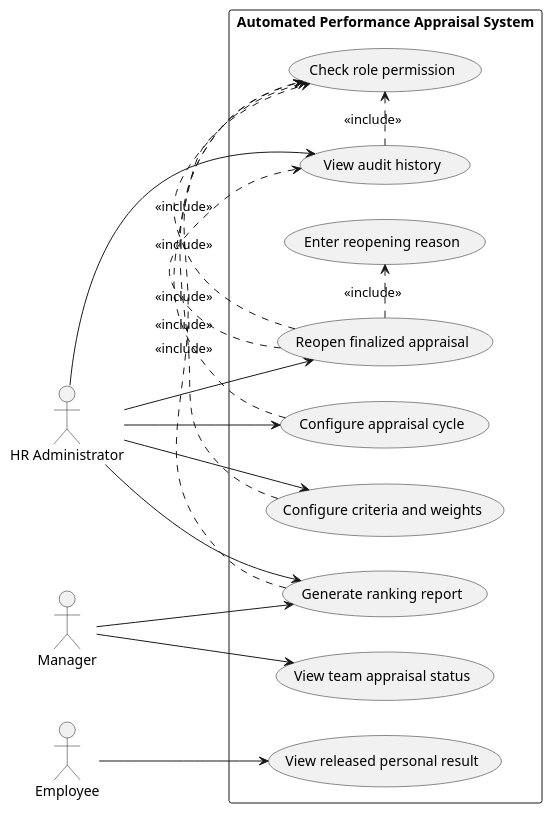
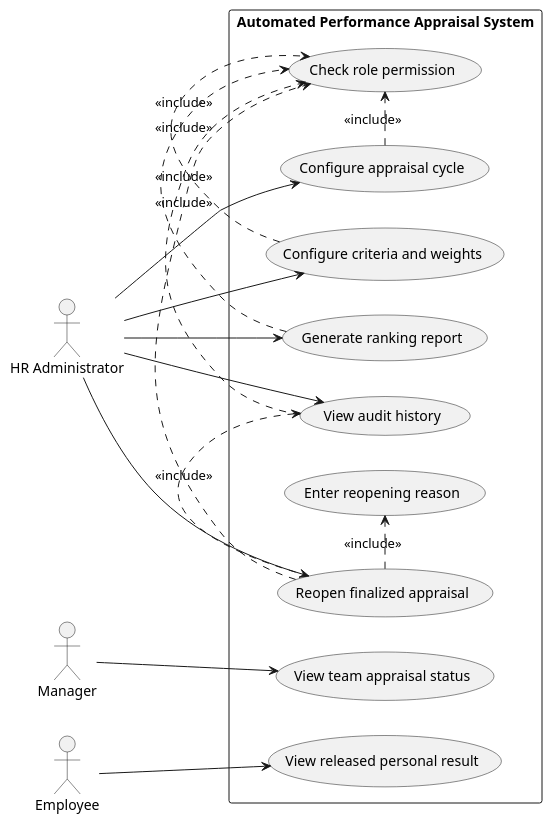
One commit to GSAIHEMANTH279/Automated-performance-appraisal-system changed the diagram in SRS_SAD_TestPlan/diagrams/use-case-reporting-administration.puml. Above: the diagram before and after it, drawn with PlantUML. The commit also changed 15 other files, not shown here.

```diff
--- a/SRS_SAD_TestPlan/diagrams/use-case-reporting-administration.puml
+++ b/SRS_SAD_TestPlan/diagrams/use-case-reporting-administration.puml
@@ -1,33 +1,32 @@
 @startuml
 left to right direction
 actor "HR Administrator" as HR
 actor Manager
 actor Employee
 
 rectangle "Automated Performance Appraisal System" {
   usecase "Configure appraisal cycle" as U1
   usecase "Configure criteria and weights" as U2
   usecase "View team appraisal status" as U3
   usecase "Generate ranking report" as U4
   usecase "View released personal result" as U5
   usecase "View audit history" as U6
   usecase "Reopen finalized appraisal" as U7
   usecase "Enter reopening reason" as U8
   usecase "Check role permission" as U9
 }
 HR --> U1
 HR --> U2
 HR --> U4
 HR --> U6
 HR --> U7
 Manager --> U3
-Manager --> U4
 Employee --> U5
 U1 .> U9 : <<include>>
 U2 .> U9 : <<include>>
 U4 .> U9 : <<include>>
 U6 .> U9 : <<include>>
 U7 .> U8 : <<include>>
 U7 .> U6 : <<include>>
 U7 .> U9 : <<include>>
 @enduml
```
